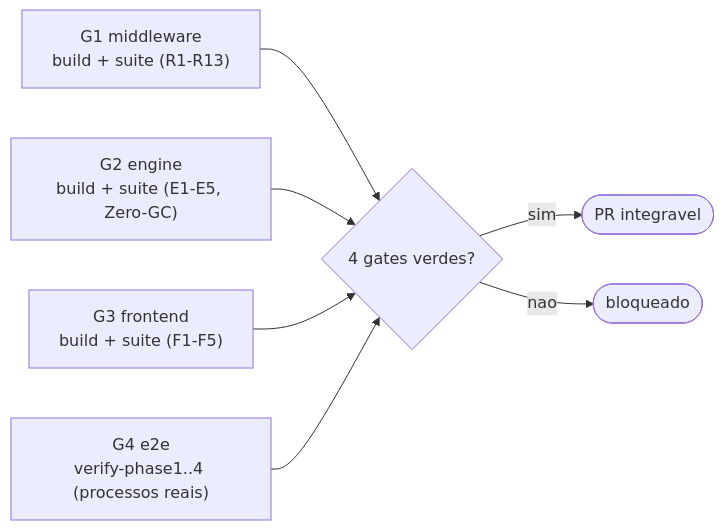
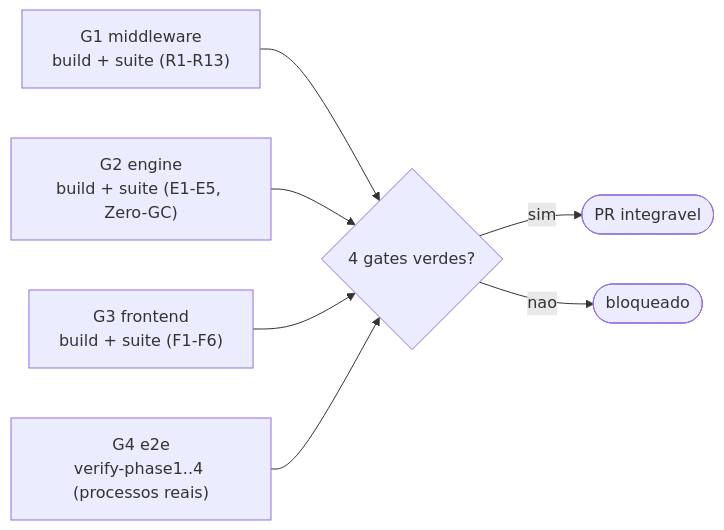
Before and after one commit to flaviotinococoutinho/Gridsmith: the fifth of 5 diagrams in docs/GOVERNANCE.md, drawn with Mermaid. The commit also changed other lines of this file and 25 other files, not shown here.

````diff
--- a/docs/GOVERNANCE.md
+++ b/docs/GOVERNANCE.md
@@ -260,9 +262,9 @@
 ```mermaid
 graph LR
   G1["G1 middleware<br/>build + suite (R1-R13)"] --> J{"4 gates verdes?"}
   G2["G2 engine<br/>build + suite (E1-E5, Zero-GC)"] --> J
-  G3["G3 frontend<br/>build + suite (F1-F5)"] --> J
+  G3["G3 frontend<br/>build + suite (F1-F6)"] --> J
   G4["G4 e2e<br/>verify-phase1..4 (processos reais)"] --> J
   J -->|"sim"| OK(["PR integravel"])
   J -->|"nao"| NO(["bloqueado"])
 ```
````
